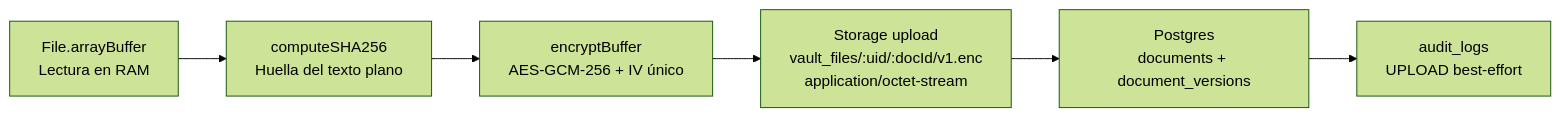
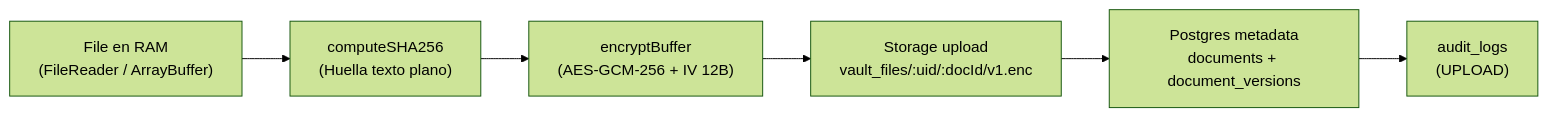
Before and after one commit to Gabi14544/INFINYX: the first of 2 diagrams in README.md, drawn with Mermaid (forest theme). The commit also changed other lines of this file and 10 other files, not shown here.

````diff
--- a/README.md
+++ b/README.md
@@ -206,8 +186,8 @@
 ```mermaid
 flowchart LR
-    A[File.arrayBuffer<br/>Lectura en RAM] --> B[computeSHA256<br/>Huella del texto plano]
-    B --> C[encryptBuffer<br/>AES-GCM-256 + IV único]
-    C --> D[Storage upload<br/>vault_files/:uid/:docId/v1.enc<br/>application/octet-stream]
-    D --> E[Postgres<br/>documents + document_versions]
-    E --> F[audit_logs<br/>UPLOAD best-effort]
+    A["File en RAM<br/>(FileReader / ArrayBuffer)"] --> B["computeSHA256<br/>(Huella texto plano)"]
+    B --> C["encryptBuffer<br/>(AES-GCM-256 + IV 12B)"]
+    C --> D["Storage upload<br/>vault_files/:uid/:docId/v1.enc"]
+    D --> E["Postgres metadata<br/>documents + document_versions"]
+    E --> F["audit_logs<br/>(UPLOAD)"]
 ```
````
